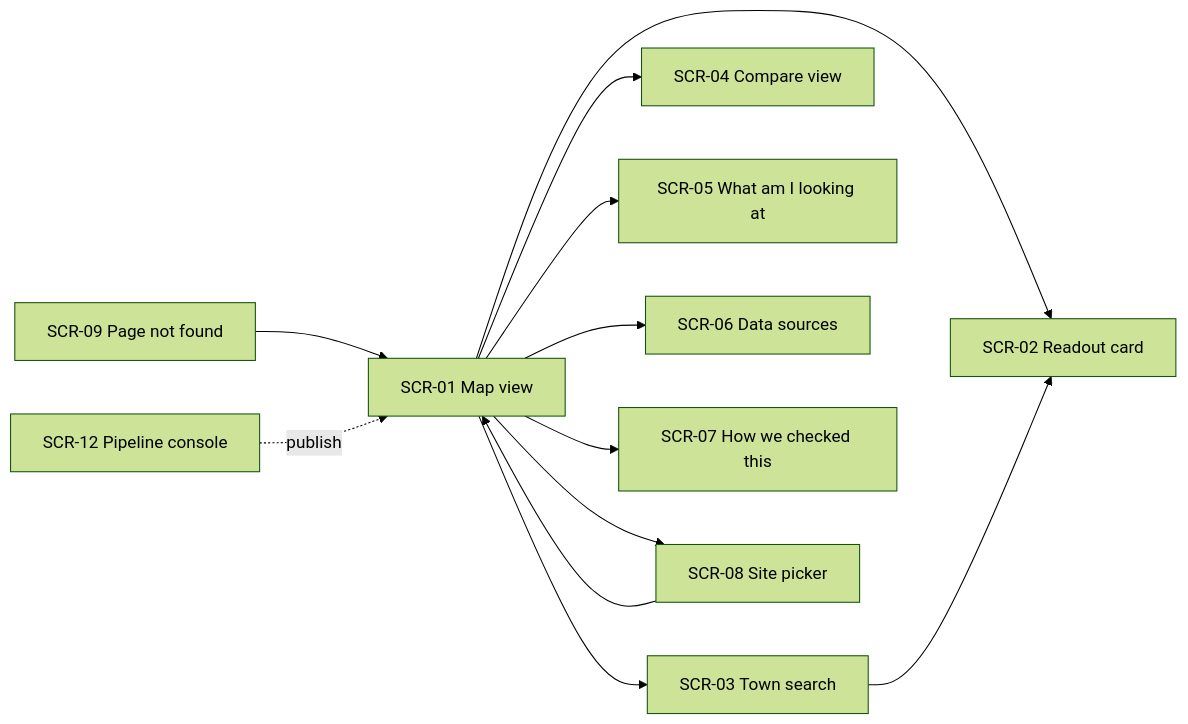
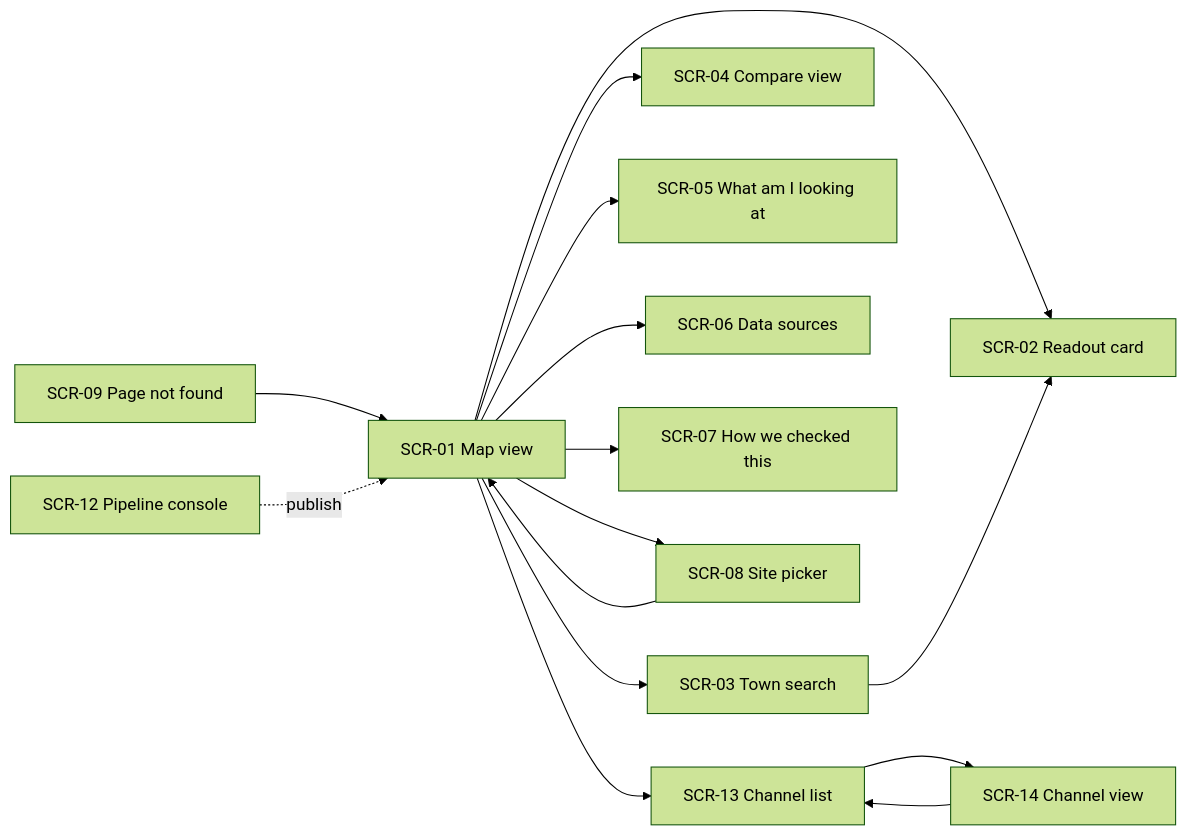
The first of 10 diagrams in docs/03-user-flows.md (BontoJamesRod/groudon-s-land-in-albay), drawn with Mermaid (forest theme) before and after one commit. The commit also changed other lines of this file and 8 other files, not shown here.

Commit message:
T-069: add the Channel timeline (F-20) to every doc, with new IDs

````diff
--- a/docs/03-user-flows.md
+++ b/docs/03-user-flows.md
@@ -28,14 +30,17 @@
 ```mermaid
 flowchart LR
     SCR01["SCR-01 Map view"] --> SCR02["SCR-02 Readout card"]
     SCR01 --> SCR03["SCR-03 Town search"]
     SCR03 --> SCR02
     SCR01 --> SCR04["SCR-04 Compare view"]
     SCR01 --> SCR05["SCR-05 What am I looking at"]
     SCR01 --> SCR06["SCR-06 Data sources"]
     SCR01 --> SCR07["SCR-07 How we checked this"]
     SCR01 --> SCR08["SCR-08 Site picker"]
     SCR08 --> SCR01
+    SCR01 --> SCR13["SCR-13 Channel list"]
+    SCR13 --> SCR14["SCR-14 Channel view"]
+    SCR14 --> SCR13
     SCR09["SCR-09 Page not found"] --> SCR01
     SCR12["SCR-12 Pipeline console"] -. publish .-> SCR01
 ```
````
